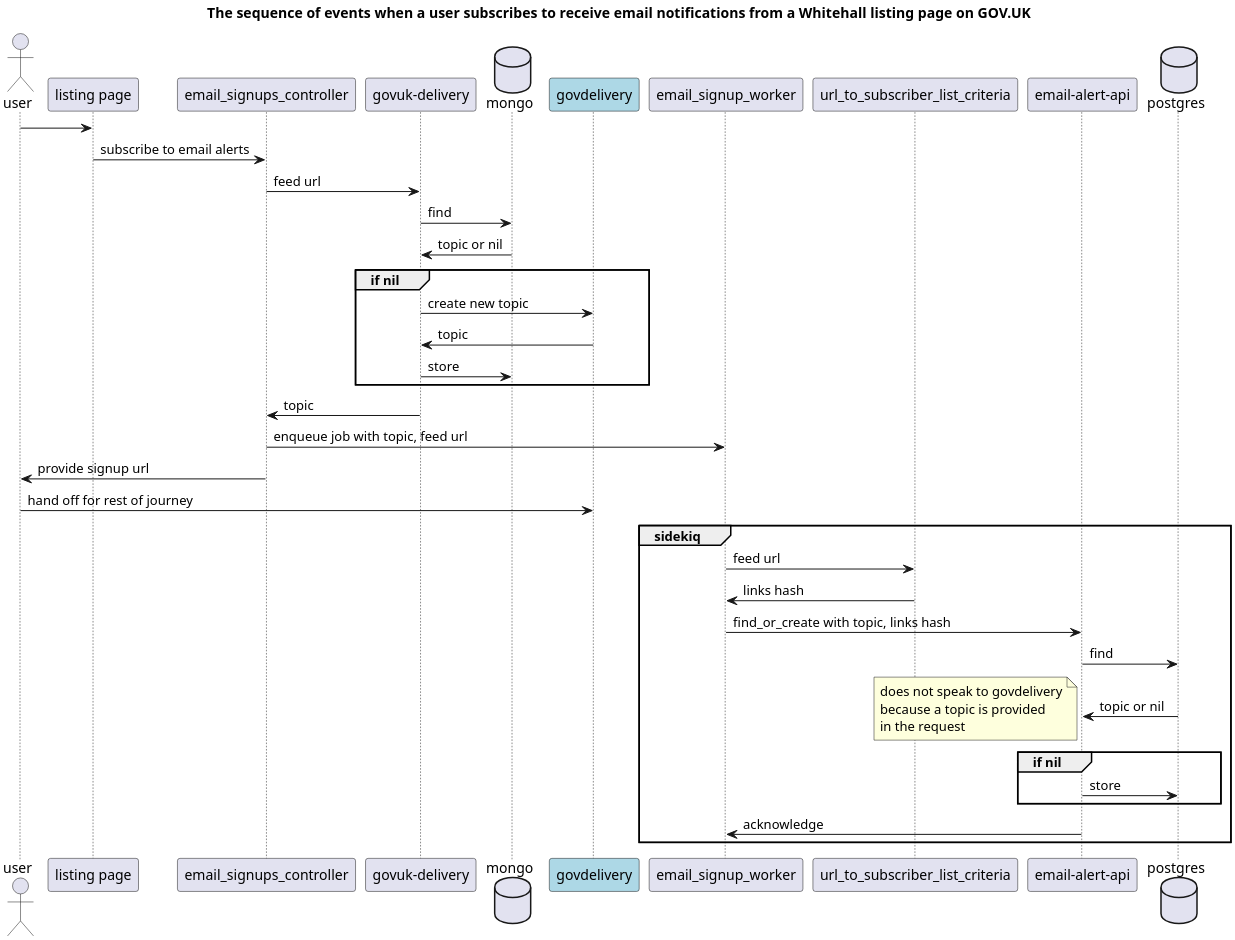
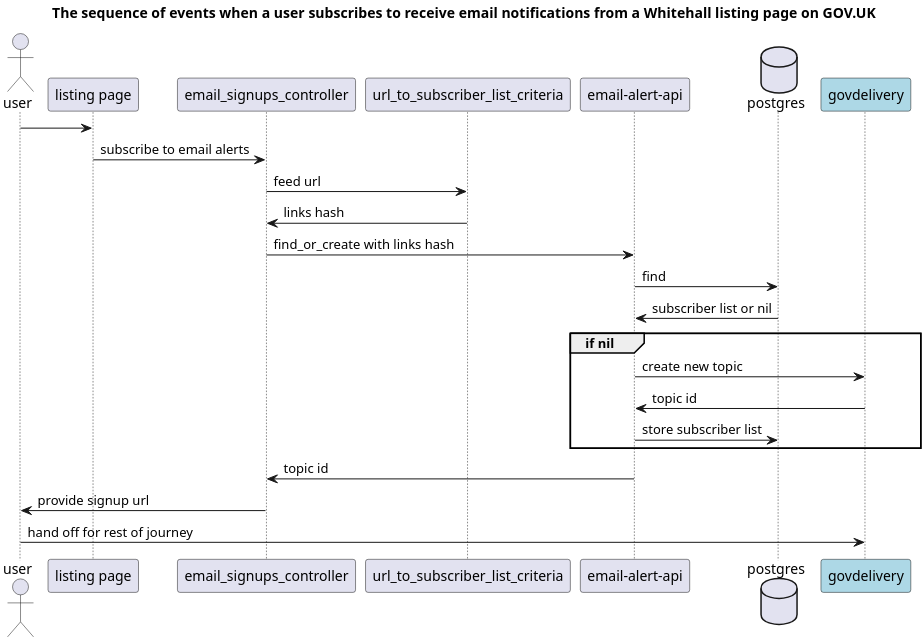
The diagram in docs/sequence_diagrams/subscription-sequence.puml (alphagov/whitehall), drawn with PlantUML before and after one commit. The commit also changed 3 other files, not shown here.

First line of the commit message:
Update sequence diagrams for email subscribe/notify journeys

```diff
--- a/docs/sequence_diagrams/subscription-sequence.puml
+++ b/docs/sequence_diagrams/subscription-sequence.puml
@@ -1,47 +1,27 @@
 @startuml
 
 skinparam dpi 300
 title The sequence of events when a user subscribes to receive email notifications from a Whitehall listing page on GOV.UK
 
 actor user
 user -> "listing page" as list
 list -> "email_signups_controller" as controller : subscribe to email alerts
-controller -> "govuk-delivery" as govukdelivery : feed url
-database "mongo" as govukdeliverydb
-govukdelivery -> govukdeliverydb : find
-govukdeliverydb -> govukdelivery : topic or nil
+controller -> "url_to_subscriber_list_criteria" as criteria : feed url
+criteria -> controller : links hash
+controller -> "email-alert-api" as emailalertapi : find_or_create with links hash
+database "postgres" as emailalertapidb
+emailalertapi -> emailalertapidb : find
+emailalertapidb -> emailalertapi : subscriber list or nil
 
 group if nil
 	participant govdelivery #LightBlue
-	govukdelivery -> govdelivery : create new topic
-	govdelivery -> govukdelivery : topic
-	govukdelivery -> govukdeliverydb : store
+	emailalertapi -> govdelivery : create new topic
+	govdelivery -> emailalertapi : topic id
+	emailalertapi -> emailalertapidb : store subscriber list
 end
 
-govukdelivery -> controller : topic
-controller -> "email_signup_worker" as worker : enqueue job with topic, feed url
+emailalertapi -> controller : topic id
 controller -> user : provide signup url
 user -> govdelivery : hand off for rest of journey
 
-group sidekiq
-	worker -> "url_to_subscriber_list_criteria" as criteria : feed url
-	criteria -> worker : links hash
-	worker -> "email-alert-api" as emailalertapi : find_or_create with topic, links hash
-	database "postgres" as emailalertapidb
-	emailalertapi -> emailalertapidb : find
-	emailalertapidb -> emailalertapi : topic or nil
-
-	note left
-		does not speak to govdelivery
-		because a topic is provided
-		in the request
-	end note
-
-  group if nil
-    emailalertapi -> emailalertapidb : store
-  end group
-
-	emailalertapi -> worker : acknowledge
-end
-
 @enduml
```
